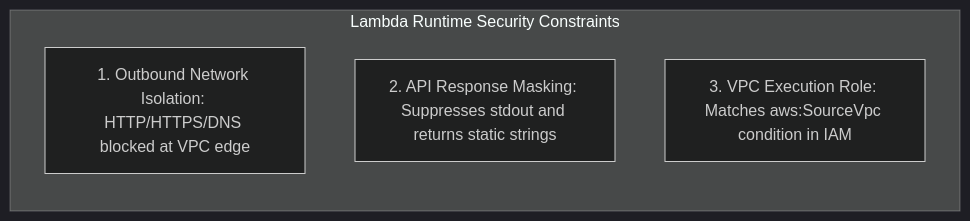
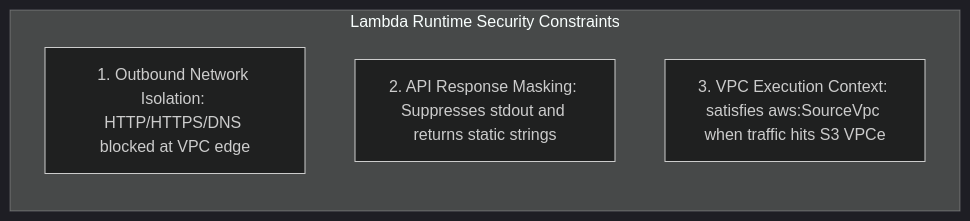
The second of 2 diagrams in cloud-escape/Stage_2_Miss_Me_Yet.md (FREECANDY-DEV/MAFAT-2026), drawn with Mermaid (dark theme) before and after one commit. The commit also changed other lines of this file and 6 other files, not shown here.

````diff
--- a/cloud-escape/Stage_2_Miss_Me_Yet.md
+++ b/cloud-escape/Stage_2_Miss_Me_Yet.md
@@ -151,9 +165,9 @@
 ```mermaid
 flowchart LR
     subgraph Constraints ["Lambda Runtime Security Constraints"]
         direction TB
         C1["1. Outbound Network Isolation: HTTP/HTTPS/DNS blocked at VPC edge"]
         C2["2. API Response Masking: Suppresses stdout and returns static strings"]
-        C3["3. VPC Execution Role: Matches aws:SourceVpc condition in IAM"]
+        C3["3. VPC Execution Context: satisfies aws:SourceVpc when traffic hits S3 VPCe"]
     end
 ```
````
